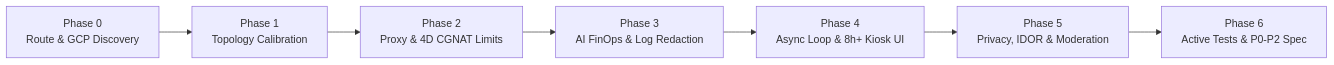
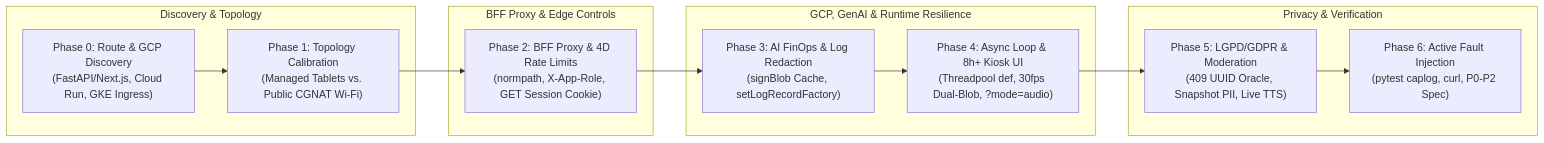
Before and after one commit to duboc/agy-skills: the diagram in README.md, drawn with Mermaid. The commit also changed other lines of this file and 3 other files, not shown here.

Commit message:
docs: add detailed skill reference sections, self-contained pytest redaction recipe, and sync 27-skill CLI list

````diff
--- a/README.md
+++ b/README.md
@@ -125,9 +125,17 @@
 ```mermaid
 flowchart LR
-    P0["Phase 0<br/>Route & GCP Discovery"] --> P1["Phase 1<br/>Topology Calibration"]
-    P1 --> P2["Phase 2<br/>Proxy & 4D CGNAT Limits"]
-    P2 --> P3["Phase 3<br/>AI FinOps & Log Redaction"]
-    P3 --> P4["Phase 4<br/>Async Loop & 8h+ Kiosk UI"]
-    P4 --> P5["Phase 5<br/>Privacy, IDOR & Moderation"]
-    P5 --> P6["Phase 6<br/>Active Tests & P0-P2 Spec"]
+    subgraph Surface["Discovery & Topology"]
+        P0["Phase 0: Route & GCP Discovery<br/>(FastAPI/Next.js, Cloud Run, GKE Ingress)"] --> P1["Phase 1: Topology Calibration<br/>(Managed Tablets vs. Public CGNAT Wi-Fi)"]
+    end
+    subgraph Edge["BFF Proxy & Edge Controls"]
+        P1 --> P2["Phase 2: BFF Proxy & 4D Rate Limits<br/>(normpath, X-App-Role, GET Session Cookie)"]
+    end
+    subgraph CloudAI["GCP, GenAI & Runtime Resilience"]
+        P2 --> P3["Phase 3: AI FinOps & Log Redaction<br/>(signBlob Cache, setLogRecordFactory)"]
+        P3 --> P4["Phase 4: Async Loop & 8h+ Kiosk UI<br/>(Threadpool def, 30fps Dual-Blob, ?mode=audio)"]
+    end
+    subgraph Governance["Privacy & Verification"]
+        P4 --> P5["Phase 5: LGPD/GDPR & Moderation<br/>(409 UUID Oracle, Snapshot PII, Live TTS)"]
+        P5 --> P6["Phase 6: Active Fault Injection<br/>(pytest caplog, curl, P0-P2 Spec)"]
+    end
 ```
````
